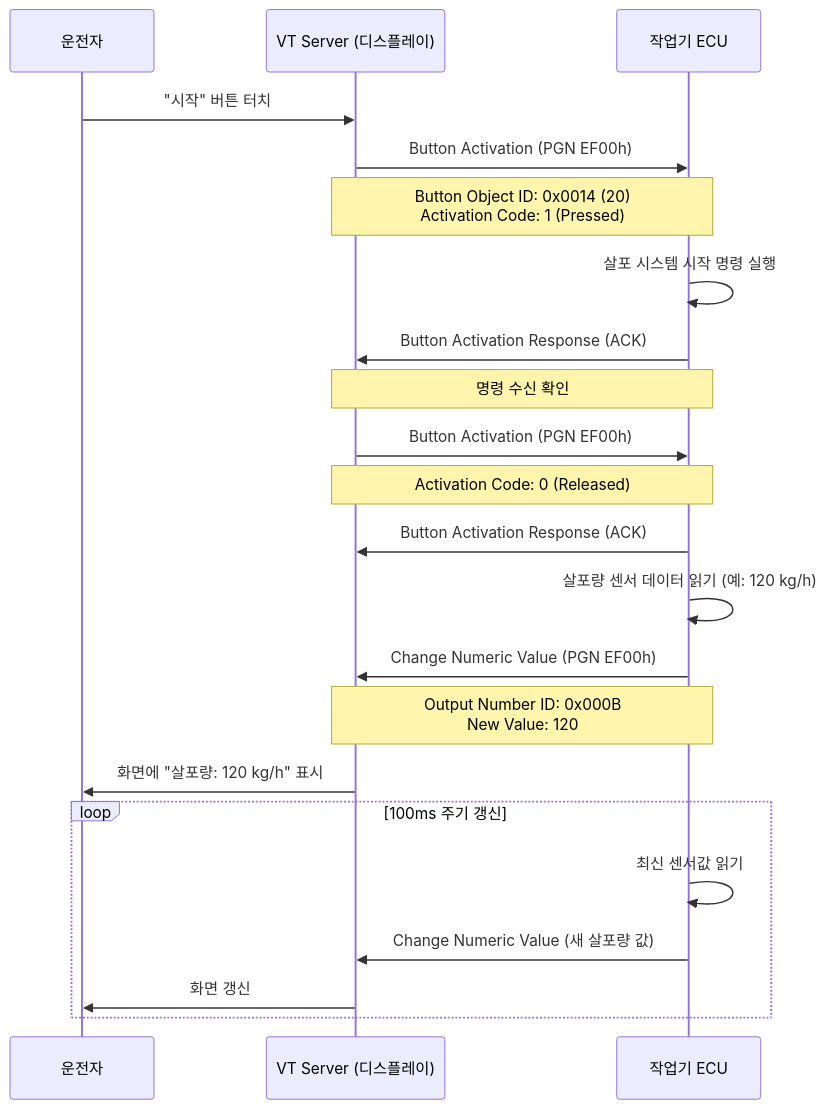
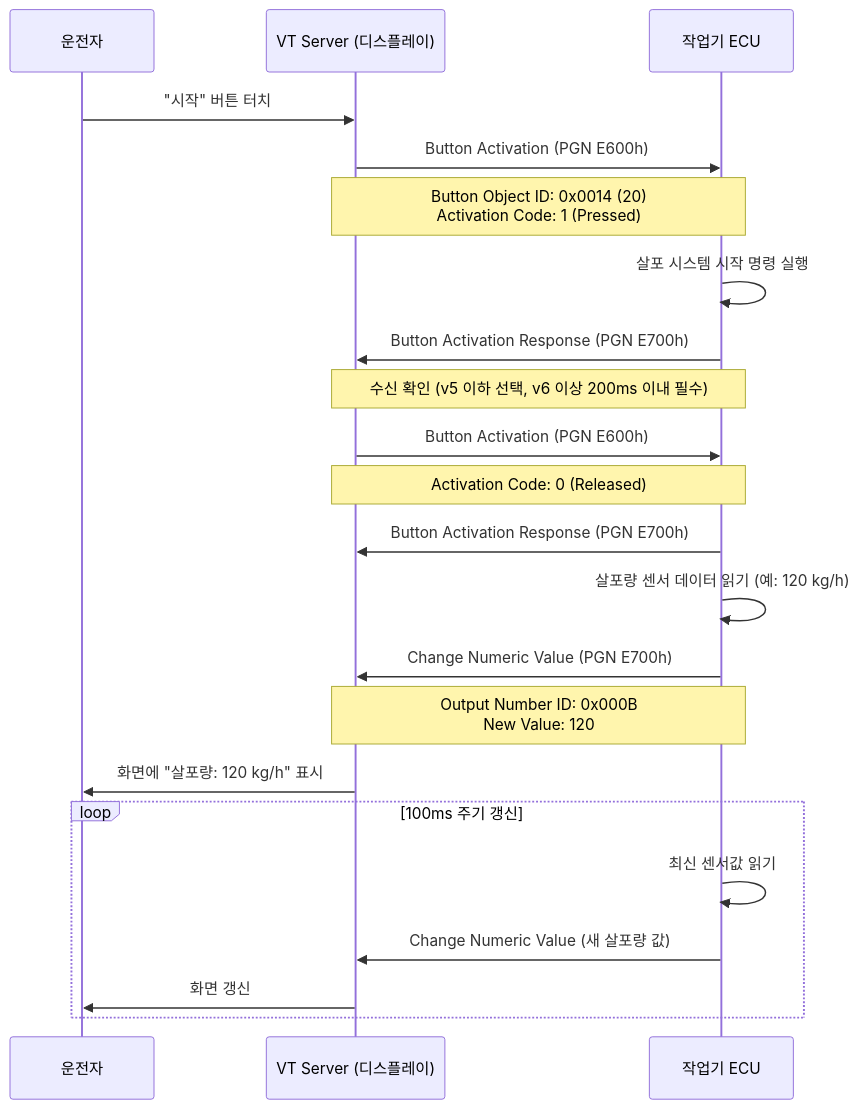
One commit to hobeen-kim/hobeen-kim.github.io changed the first of 2 diagrams in docs/_study/isobus/17-vt-commands.md. Above: the diagram before and after it, drawn with Mermaid. The commit also changed other lines of this file and 18 other files, not shown here.

````diff
--- a/docs/_study/isobus/17-vt-commands.md
+++ b/docs/_study/isobus/17-vt-commands.md
@@ -154,34 +166,34 @@
 ```mermaid
 sequenceDiagram
     participant User as 운전자
     participant VT as VT Server (디스플레이)
     participant ECU as 작업기 ECU
 
     User->>VT: "시작" 버튼 터치
 
-    VT->>ECU: Button Activation (PGN EF00h)
+    VT->>ECU: Button Activation (PGN E600h)
     Note over VT, ECU: Button Object ID: 0x0014 (20)<br>Activation Code: 1 (Pressed)
 
     ECU->>ECU: 살포 시스템 시작 명령 실행
 
-    ECU->>VT: Button Activation Response (ACK)
-    Note over ECU, VT: 명령 수신 확인
+    ECU->>VT: Button Activation Response (PGN E700h)
+    Note over ECU, VT: 수신 확인 (v5 이하 선택, v6 이상 200ms 이내 필수)
 
-    VT->>ECU: Button Activation (PGN EF00h)
+    VT->>ECU: Button Activation (PGN E600h)
     Note over VT, ECU: Activation Code: 0 (Released)
 
-    ECU->>VT: Button Activation Response (ACK)
+    ECU->>VT: Button Activation Response (PGN E700h)
 
     ECU->>ECU: 살포량 센서 데이터 읽기 (예: 120 kg/h)
 
-    ECU->>VT: Change Numeric Value (PGN EF00h)
+    ECU->>VT: Change Numeric Value (PGN E700h)
     Note over ECU, VT: Output Number ID: 0x000B<br>New Value: 120
 
     VT->>User: 화면에 "살포량: 120 kg/h" 표시
 
     loop 100ms 주기 갱신
         ECU->>ECU: 최신 센서값 읽기
         ECU->>VT: Change Numeric Value (새 살포량 값)
         VT->>User: 화면 갱신
     end
 ```
````
